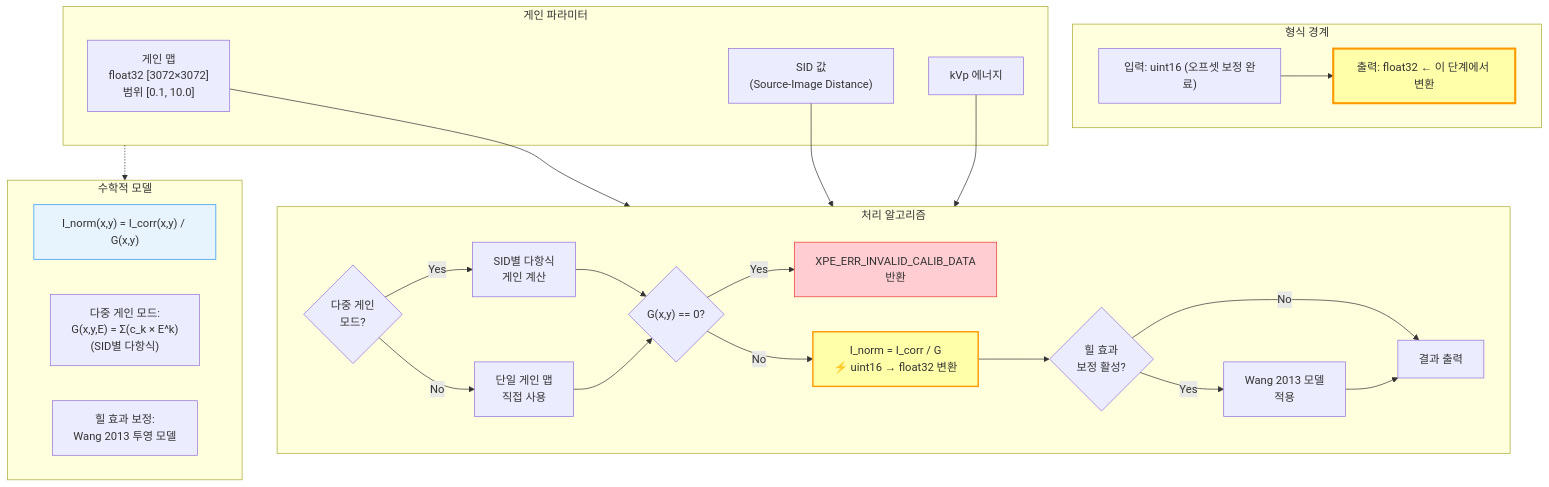
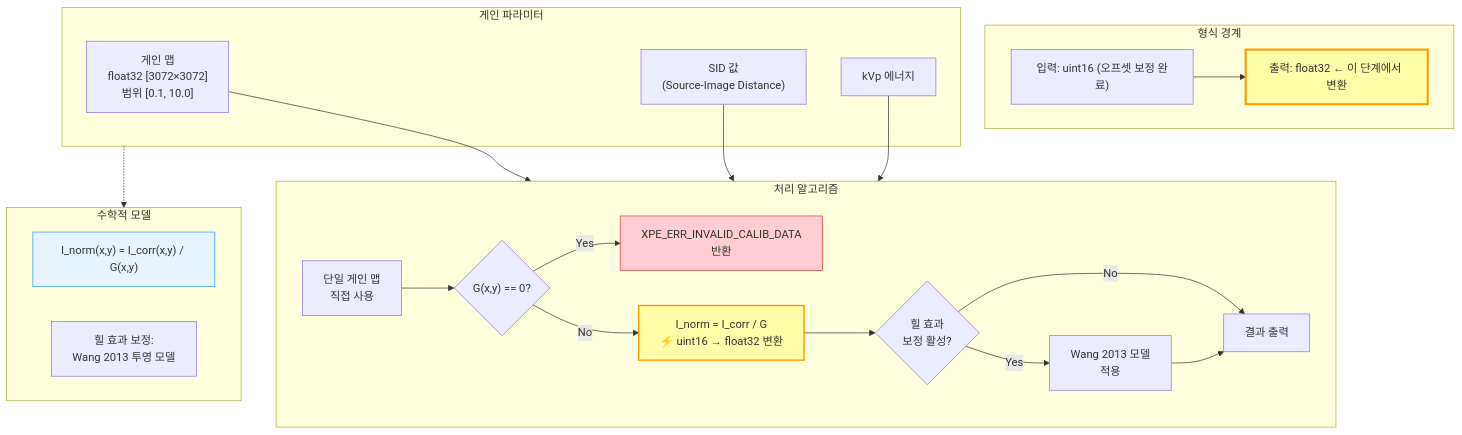
Before and after one commit to holee9/image-processing: the fifth of 12 diagrams in docs/calibration/CONCEPT-DIAGRAMS.md, drawn with Mermaid. The commit also changed other lines of this file and 9 other files, not shown here.

````diff
--- a/docs/calibration/CONCEPT-DIAGRAMS.md
+++ b/docs/calibration/CONCEPT-DIAGRAMS.md
@@ -234,53 +234,47 @@
 ```mermaid
 flowchart TD
     subgraph MATH["수학적 모델"]
         M1["I_norm(x,y) = I_corr(x,y) / G(x,y)"]
-        M2["다중 게인 모드:\nG(x,y,E) = Σ(c_k × E^k)\n(SID별 다항식)"]
         M3["힐 효과 보정:\nWang 2013 투영 모델"]
     end
 
     subgraph ALGO["처리 알고리즘"]
-        A1{"다중 게인\n모드?"}
-        A2["SID별 다항식\n게인 계산"]
         A3["단일 게인 맵\n직접 사용"]
         A4{"G(x,y) == 0?"}
         A5["XPE_ERR_INVALID_CALIB_DATA\n반환"]
         A6["I_norm = I_corr / G\n⚡ uint16 → float32 변환"]
         A7{"힐 효과\n보정 활성?"}
         A8["Wang 2013 모델\n적용"]
         A9["결과 출력"]
 
-        A1 -->|Yes| A2
-        A1 -->|No| A3
-        A2 --> A4
         A3 --> A4
         A4 -->|Yes| A5
         A4 -->|No| A6
         A6 --> A7
         A7 -->|Yes| A8
         A7 -->|No| A9
         A8 --> A9
     end
 
     subgraph FORMAT["형식 경계"]
         F1["입력: uint16 (오프셋 보정 완료)"]
         F2["출력: float32 ← 이 단계에서 변환"]
         F1 --> F2
     end
 
     subgraph PARAMS["게인 파라미터"]
         P1["게인 맵\nfloat32 [3072×3072]\n범위 [0.1, 10.0]"]
         P2["SID 값\n(Source-Image Distance)"]
         P3["kVp 에너지"]
     end
 
     P1 --> ALGO
     P2 --> ALGO
     P3 --> ALGO
     PARAMS -.-> MATH
 
     style F2 fill:#ffffaa,stroke:#ff9900,stroke-width:3px
     style A6 fill:#ffffaa,stroke:#ff9900,stroke-width:2px
     style A5 fill:#ffcdd2,stroke:#e53935
     style M1 fill:#e8f4fd,stroke:#2196F3
 ```
````
